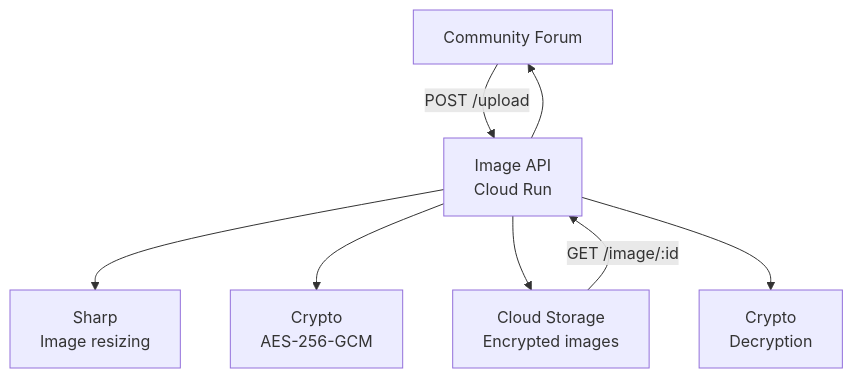
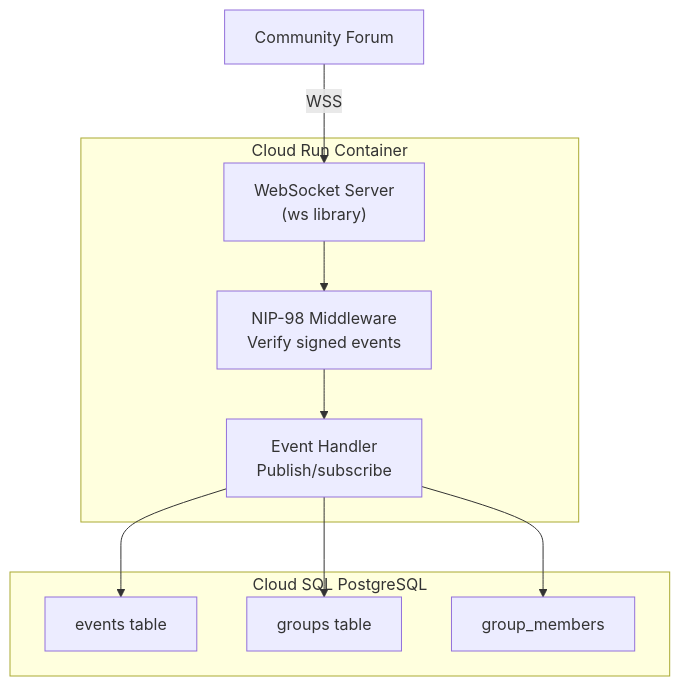
Before and after one commit to DreamLab-AI/dreamlab-ai-website: the third of 3 diagrams in docs/architecture/BACKEND_SERVICES.md, drawn with Mermaid. The commit also changed other lines of this file and 49 other files, not shown here.

````diff
--- a/docs/architecture/BACKEND_SERVICES.md
+++ b/docs/architecture/BACKEND_SERVICES.md
@@ -664,10 +313,21 @@
 ```mermaid
 graph TB
-    Client["Community Forum"] -->|POST /upload| API["Image API<br/>Cloud Run"]
-    API --> Resize["Sharp<br/>Image resizing"]
-    API --> Encrypt["Crypto<br/>AES-256-GCM"]
-    API --> Storage["Cloud Storage<br/>Encrypted images"]
-    Storage -->|GET /image/:id| API
-    API --> Decrypt["Crypto<br/>Decryption"]
-    API --> Client
+    subgraph CloudRun["Cloud Run Container"]
+        WSServer["WebSocket Server<br/>(ws library)"]
+        NIP98MW["NIP-98 Middleware<br/>Verify signed events"]
+        EventHandler["Event Handler<br/>Publish/subscribe"]
+    end
+
+    subgraph Database["Cloud SQL PostgreSQL"]
+        Events["events table"]
+        Groups["groups table"]
+        Members["group_members"]
+    end
+
+    Client["Community Forum"] -->|WSS| WSServer
+    WSServer --> NIP98MW
+    NIP98MW --> EventHandler
+    EventHandler --> Events
+    EventHandler --> Groups
+    EventHandler --> Members
 ```
````
